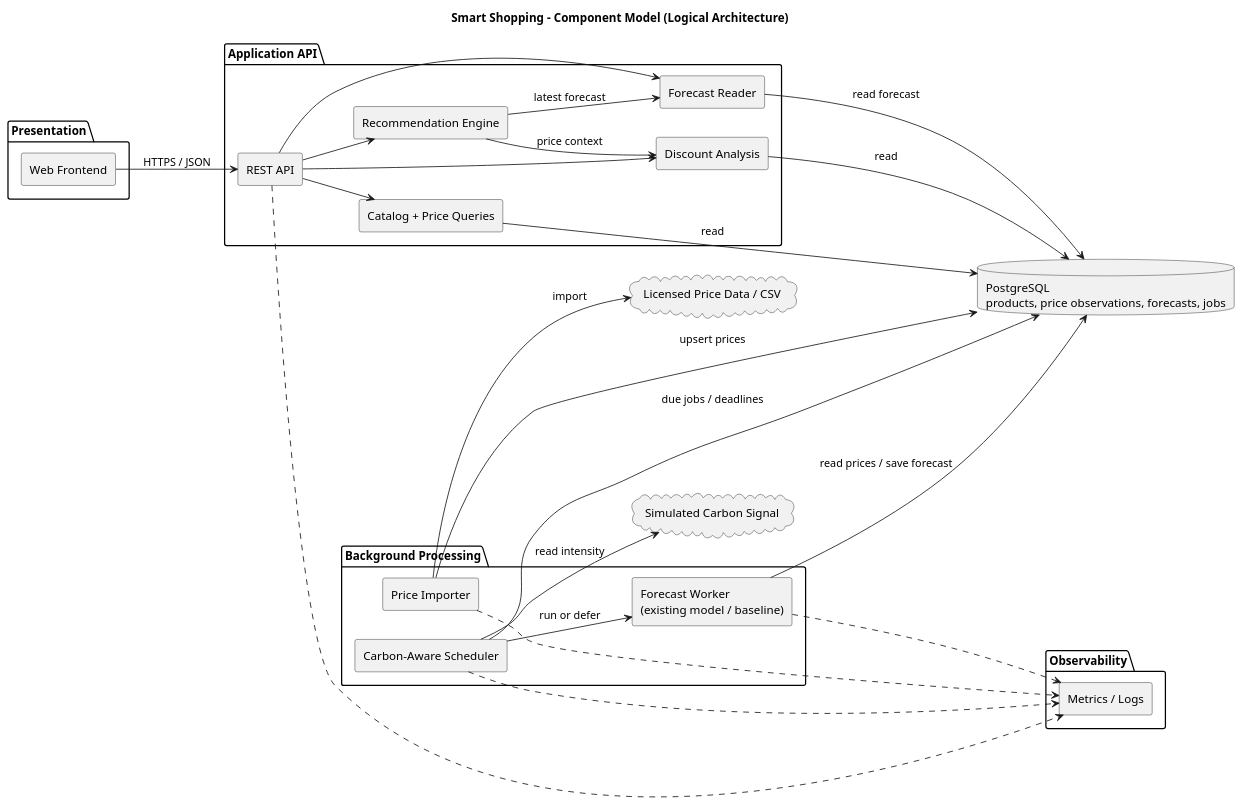
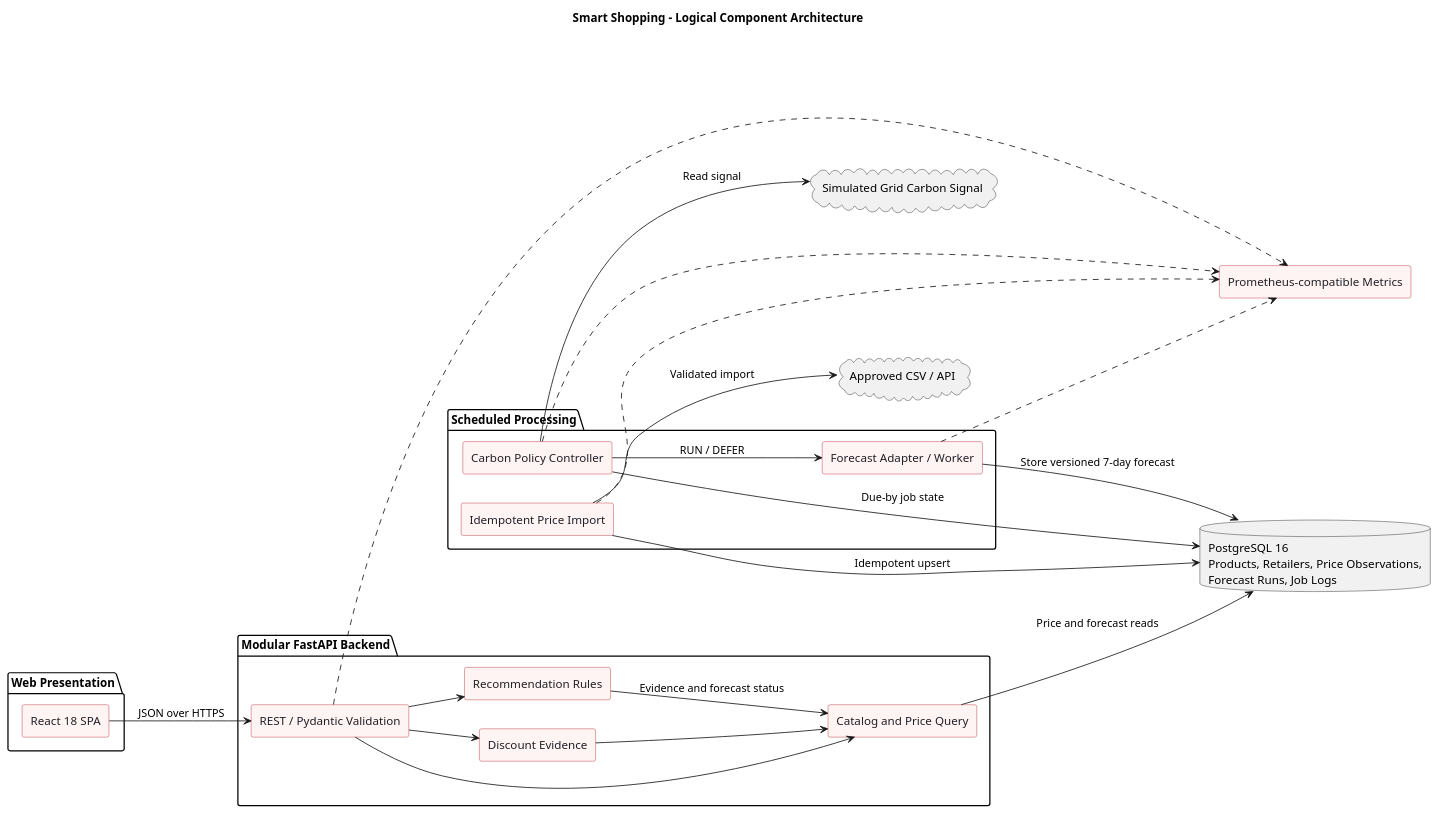
Before and after one commit to anchelesr/AACC-Smart-Shopping: the diagram in docs/diagrams/component-model.puml, drawn with PlantUML. The commit also changed 24 other files, not shown here.

```diff
--- a/docs/diagrams/component-model.puml
+++ b/docs/diagrams/component-model.puml
@@ -1,47 +1,45 @@
 @startuml
-title Smart Shopping - Component Model (Logical Architecture)
+title Smart Shopping - Logical Component Architecture
 left to right direction
 skinparam shadowing false
+skinparam backgroundColor white
 skinparam componentStyle rectangle
-package "Presentation" {
-  component "Web Frontend" as UI
+skinparam componentBackgroundColor #FFF4F4
+skinparam componentBorderColor #B52330
+skinparam componentFontColor #202025
+package "Web Presentation" {
+ component "React 18 SPA" as UI
 }
-package "Application API" {
-  component "REST API" as API
-  component "Catalog + Price Queries" as Price
-  component "Discount Analysis" as Discount
-  component "Recommendation Engine" as Recommend
-  component "Forecast Reader" as FReader
+package "Modular FastAPI Backend" {
+ component "REST / Pydantic Validation" as API
+ component "Catalog and Price Query" as Query
+ component "Discount Evidence" as Discount
+ component "Recommendation Rules" as Rec
 }
-package "Background Processing" {
-  component "Price Importer" as Import
-  component "Carbon-Aware Scheduler" as Schedule
-  component "Forecast Worker\n(existing model / baseline)" as Forecast
+package "Scheduled Processing" {
+ component "Idempotent Price Import" as Import
+ component "Carbon Policy Controller" as Policy
+ component "Forecast Adapter / Worker" as Forecast
 }
-package "Observability" {
-  component "Metrics / Logs" as Metrics
-}
-database "PostgreSQL\nproducts, price observations, forecasts, jobs" as DB
-cloud "Licensed Price Data / CSV" as Provider
-cloud "Simulated Carbon Signal" as Carbon
-UI --> API : HTTPS / JSON
-API --> Price
+database "PostgreSQL 16\nProducts, Retailers, Price Observations,\nForecast Runs, Job Logs" as DB
+cloud "Approved CSV / API" as Source
+cloud "Simulated Grid Carbon Signal" as Carbon
+component "Prometheus-compatible Metrics" as Metrics
+UI --> API : JSON over HTTPS
+API --> Query
 API --> Discount
-API --> FReader
-API --> Recommend
-Price --> DB : read
-Discount --> DB : read
-FReader --> DB : read forecast
-Recommend --> Discount : price context
-Recommend --> FReader : latest forecast
-Import --> Provider : import
-Import --> DB : upsert prices
-Schedule --> Carbon : read intensity
-Schedule --> DB : due jobs / deadlines
-Schedule --> Forecast : run or defer
-Forecast --> DB : read prices / save forecast
+API --> Rec
+Query --> DB : Price and forecast reads
+Discount --> Query
+Rec --> Query : Evidence and forecast status
+Import --> Source : Validated import
+Import --> DB : Idempotent upsert
+Policy --> Carbon : Read signal
+Policy --> DB : Due-by job state
+Policy --> Forecast : RUN / DEFER
+Forecast --> DB : Store versioned 7-day forecast
 API ..> Metrics
 Import ..> Metrics
-Schedule ..> Metrics
+Policy ..> Metrics
 Forecast ..> Metrics
 @enduml
```
